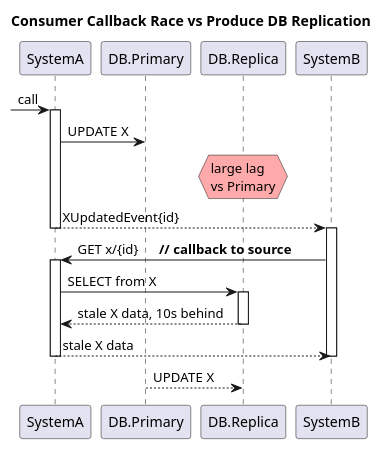
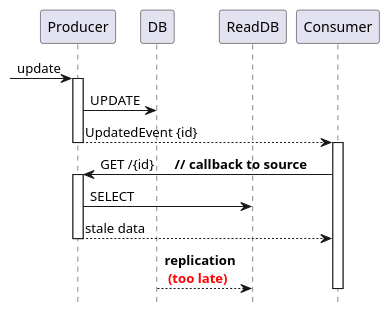
The diagram in patterns/3_race_c_p_[story]calback_vs_db_replication_race.puml (victorrentea/kafka), drawn with PlantUML before and after one commit. The commit also changed 43 other files, not shown here.

```diff
--- a/patterns/3_race_c_p_[story]calback_vs_db_replication_race.puml
+++ b/patterns/3_race_c_p_[story]calback_vs_db_replication_race.puml
@@ -1,16 +1,19 @@
 @startuml
-title Consumer Callback Race vs Produce DB Replication
+'title Consumer Callback Race vs Produce DB Replication
+hide footbox
+participant Producer
+participant DB
+participant ReadDB
 
--> SystemA++:call
-SystemA -> DB.Primary : UPDATE X
-hnote over DB.Replica #FFAAAA: large lag\nvs Primary
-SystemB<--SystemA--: XUpdatedEvent{id}
-SystemB++
-SystemB->SystemA++: GET x/{id}      **// callback to source**
-SystemA->DB.Replica++: SELECT from X
-SystemA<--DB.Replica--: stale X data, 10s behind
-SystemB<--SystemA--: stale X data
-SystemB--
-DB.Primary --> DB.Replica: UPDATE X
+-> Producer++:update
+Producer -> DB : UPDATE
+'hnote over ReadDB #FFAAAA: large lag\nvs Primary
+Consumer<--Producer--: UpdatedEvent {id}
+Consumer++
+Consumer->Producer++: GET /{id}      **// callback to source**
+Producer->ReadDB: SELECT
+Consumer<--Producer--: stale data
+DB --> ReadDB: **replication**\n**<font color=red> (too late)**
+Consumer--
 
 @enduml
```
